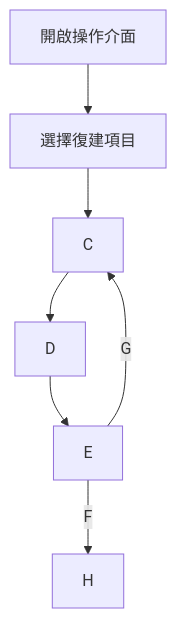
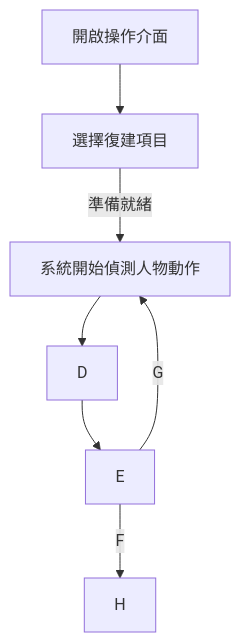
The diagram in README.md (jamie-commander/Python_MediaPipe_Tk), drawn with Mermaid before and after one commit.

````diff
--- a/README.md
+++ b/README.md
@@ -4,9 +4,9 @@
 ```mermaid
         graph TD
         Big_Data_Catch[開啟操作介面] --> Calc[選擇復建項目]
-        Calc --> Analysis[C]
+        Calc -- 準備就緒 --> Analysis[系統開始偵測人物動作]
         Analysis --> feature[D]
         feature --> backtrader[E]
         backtrader -- F --> result[H]
         backtrader -- G --> Analysis
 ```
````
